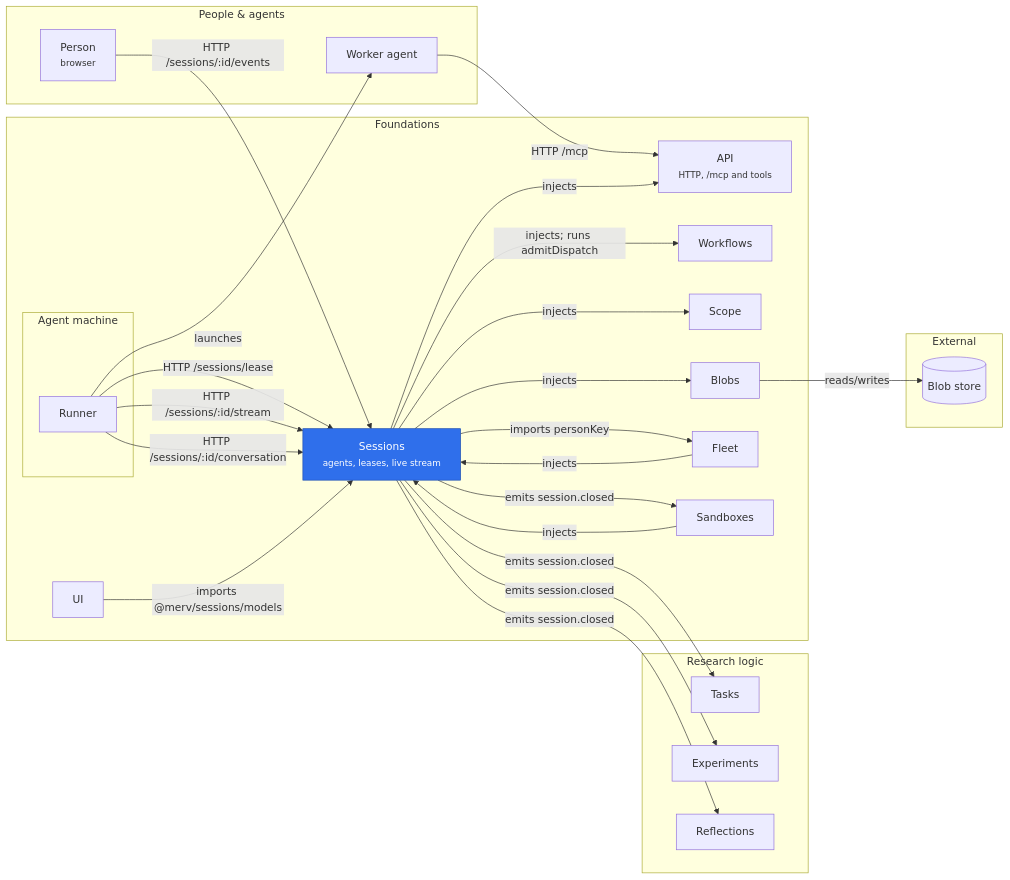
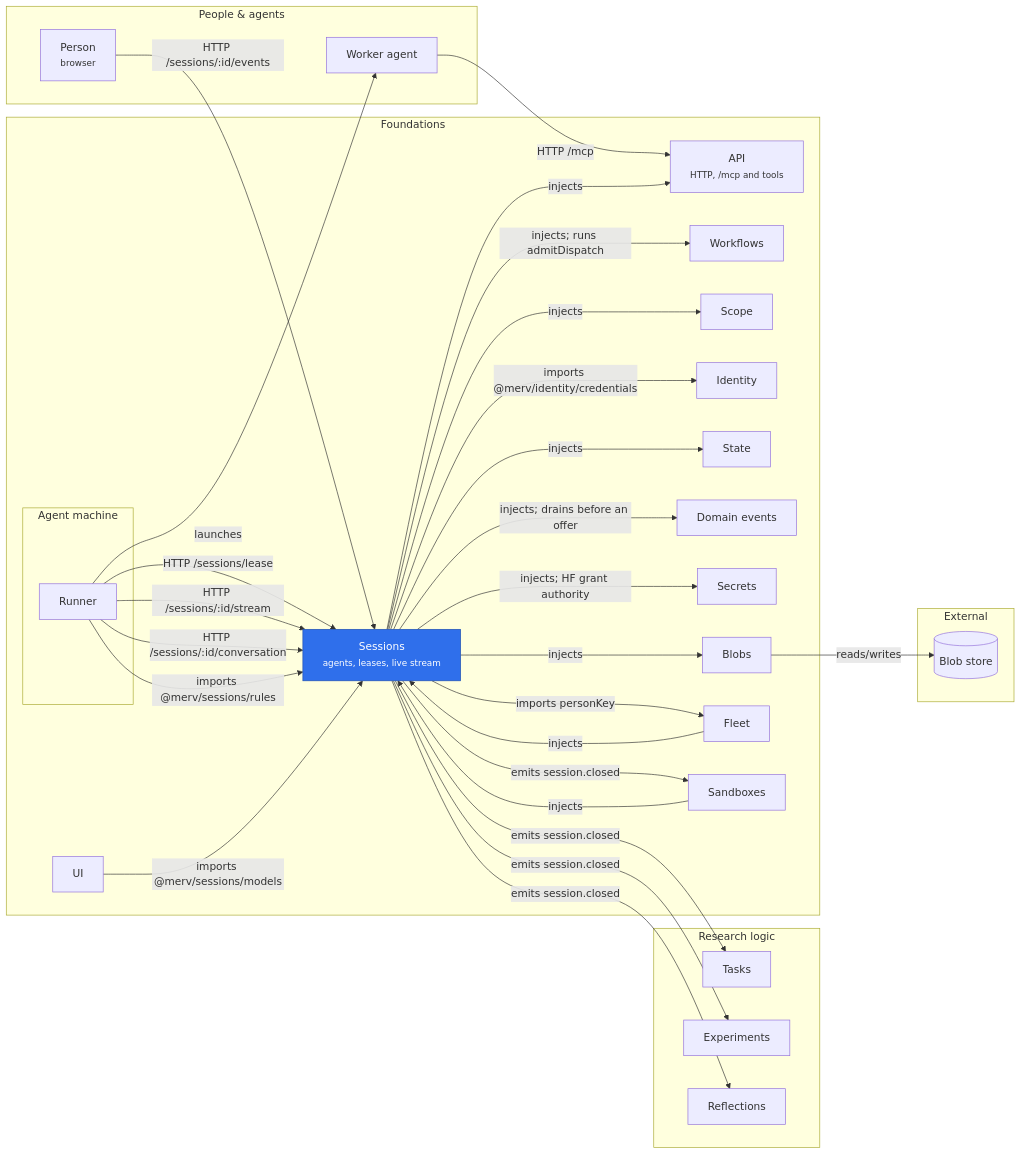
One commit to rapidreview-io/Merv changed the diagram in merv-typescript/packages/sessions/README.md. Above: the diagram before and after it, drawn with Mermaid. The commit also changed other lines of this file and 1 other file, not shown here.

Commit message:
Show Sessions' identity, state, domain-events and Secrets edges
The Sessions diagram gains those nodes and the runner's import of
@merv/sessions/rules (also in the runner's diagram), and the README says
Hugging Face access is for hosted Codex sessions only.

````diff
--- a/merv-typescript/packages/sessions/README.md
+++ b/merv-typescript/packages/sessions/README.md
@@ -12,49 +16,58 @@
 ```mermaid
 flowchart LR
   subgraph peopleLayer["People & agents"]
     person["Person<br/><small>browser</small>"]
     workerAgent["Worker agent"]
   end
   subgraph researchLayer["Research logic"]
     tasks["Tasks"]
     experiments["Experiments"]
     reflections["Reflections"]
   end
   subgraph foundationsLayer["Foundations"]
     subgraph machine["Agent machine"]
       runner["Runner"]
     end
     api["API<br/><small>HTTP, /mcp and tools</small>"]
     sessions["Sessions<br/><small>agents, leases, live stream</small>"]
     workflows["Workflows"]
     scope["Scope"]
+    identity["Identity"]
+    state["State"]
+    domainEvents["Domain events"]
+    secrets["Secrets"]
     blobs["Blobs"]
     fleet["Fleet"]
     sandboxes["Sandboxes"]
     ui["UI"]
   end
   subgraph externalLayer["External"]
     blobStore[("Blob store")]
   end
   runner -- "launches" --> workerAgent
   runner -- "HTTP /sessions/lease" --> sessions
   runner -- "HTTP /sessions/:id/stream" --> sessions
   runner -- "HTTP /sessions/:id/conversation" --> sessions
   workerAgent -- "HTTP /mcp" --> api
   person -- "HTTP /sessions/:id/events" --> sessions
   sessions -- "injects" --> api
   sessions -- "injects; runs admitDispatch" --> workflows
   sessions -- "injects" --> scope
+  sessions -- "imports @merv/identity/credentials" --> identity
+  sessions -- "injects" --> state
+  sessions -- "injects; drains before an offer" --> domainEvents
+  sessions -- "injects; HF grant authority" --> secrets
+  runner -- "imports @merv/sessions/rules" --> sessions
   sessions -- "injects" --> blobs
   blobs -- "reads/writes" --> blobStore
   fleet -- "injects" --> sessions
   ui -- "imports @merv/sessions/models" --> sessions
   sessions -- "imports personKey" --> fleet
   sandboxes -- "injects" --> sessions
   sessions -- "emits session.closed" --> tasks
   sessions -- "emits session.closed" --> experiments
   sessions -- "emits session.closed" --> reflections
   sessions -- "emits session.closed" --> sandboxes
   classDef self fill:#2f6feb,color:#fff,stroke:#1f4fb0
   class sessions self
 ```
````
